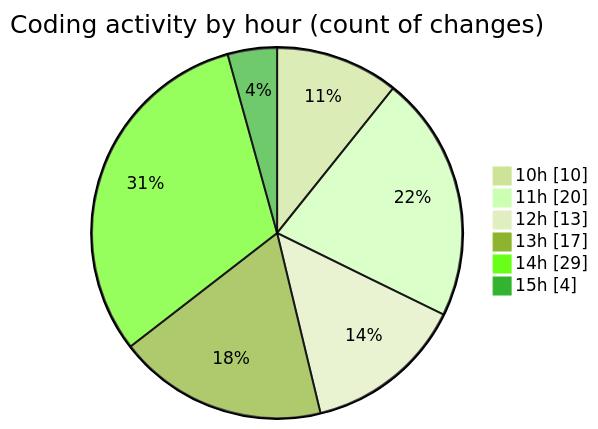
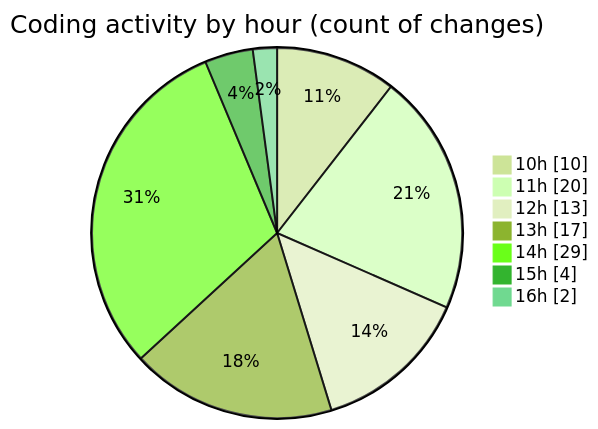
Before and after one commit to BS-eng2023/code-tracking: the second of 2 diagrams in 2025-03-31/jsvms/README.md, drawn with Mermaid (forest theme). The commit also changed other lines of this file and 1 other file, not shown here.

````diff
--- a/2025-03-31/jsvms/README.md
+++ b/2025-03-31/jsvms/README.md
@@ -60,10 +60,11 @@
 ```mermaid
 pie showData
 title Coding activity by hour (count of changes)
 "10h" : 10
 "11h" : 20
 "12h" : 13
 "13h" : 17
 "14h" : 29
 "15h" : 4
+"16h" : 2
 ```
````
